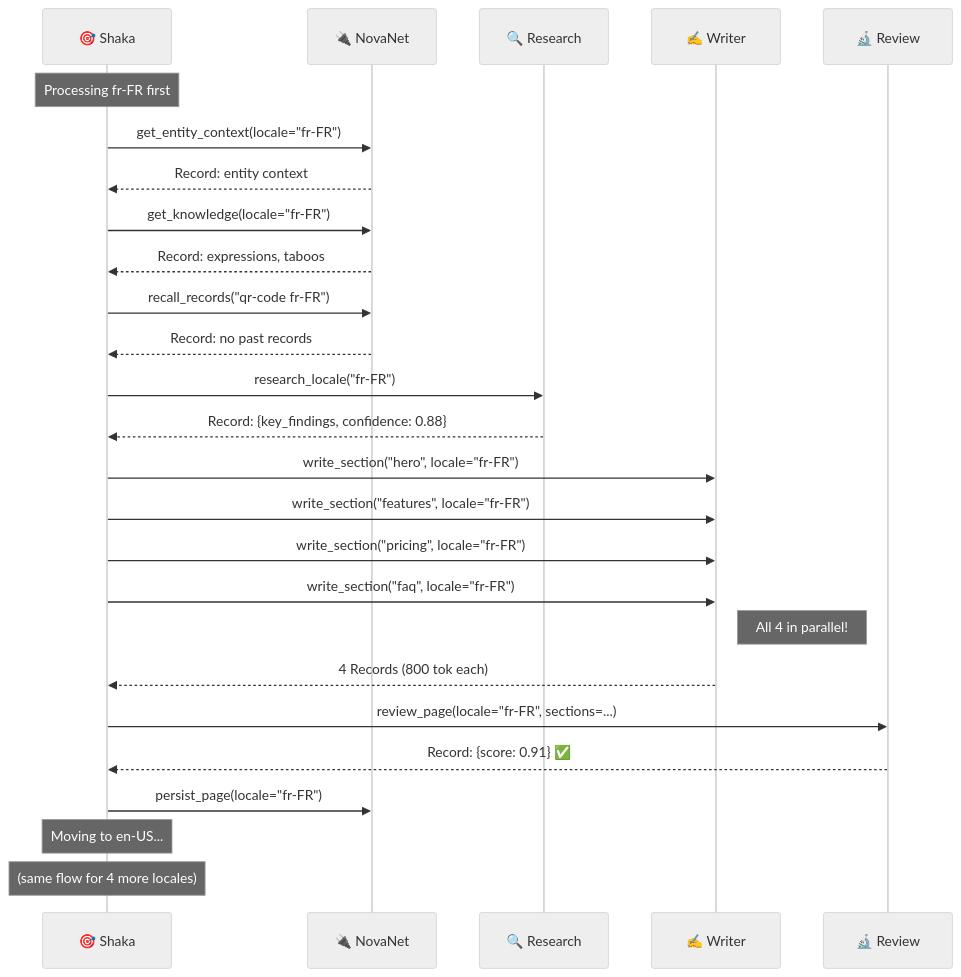
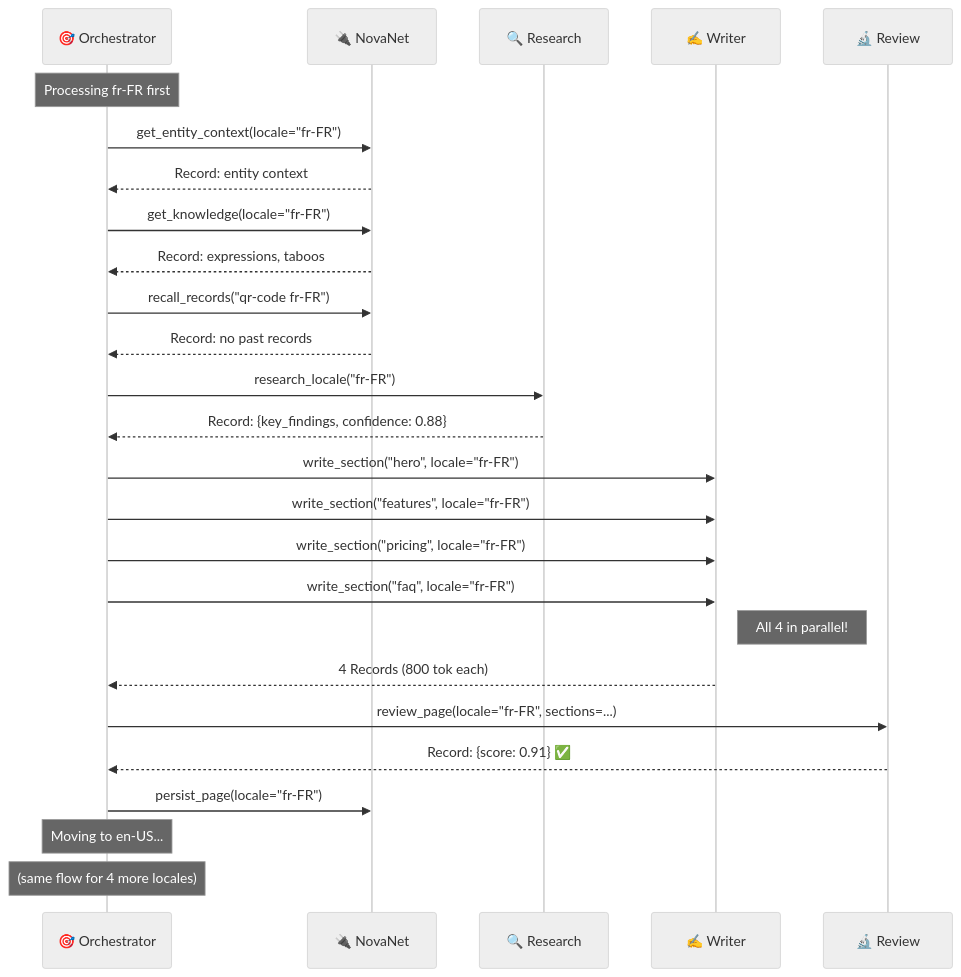
The second of 3 diagrams in docs/vision/09-use-cases-cookbook.md (supernovae-st/nika), drawn with Mermaid (neutral theme) before and after one commit. The commit also changed other lines of this file and 72 other files, not shown here.

````diff
--- a/docs/vision/09-use-cases-cookbook.md
+++ b/docs/vision/09-use-cases-cookbook.md
@@ -472,36 +472,36 @@
 ```mermaid
 sequenceDiagram
-    participant S as 🎯 Shaka
+    participant S as 🎯 Orchestrator
     participant CTX as 🔌 NovaNet
     participant R as 🔍 Research
     participant W as ✍️ Writer
     participant V as 🔬 Review
 
     Note over S: Processing fr-FR first
 
     S->>CTX: get_entity_context(locale="fr-FR")
     CTX-->>S: Record: entity context
     S->>CTX: get_knowledge(locale="fr-FR")
     CTX-->>S: Record: expressions, taboos
 
     S->>CTX: recall_records("qr-code fr-FR")
     CTX-->>S: Record: no past records
 
     S->>R: research_locale("fr-FR")
     R-->>S: Record: {key_findings, confidence: 0.88}
 
     S->>W: write_section("hero", locale="fr-FR")
     S->>W: write_section("features", locale="fr-FR")
     S->>W: write_section("pricing", locale="fr-FR")
     S->>W: write_section("faq", locale="fr-FR")
     Note right of W: All 4 in parallel!
     W-->>S: 4 Records (800 tok each)
 
     S->>V: review_page(locale="fr-FR", sections=...)
     V-->>S: Record: {score: 0.91} ✅
 
     S->>CTX: persist_page(locale="fr-FR")
 
     Note over S: Moving to en-US...
     Note over S: (same flow for 4 more locales)
 ```
````
